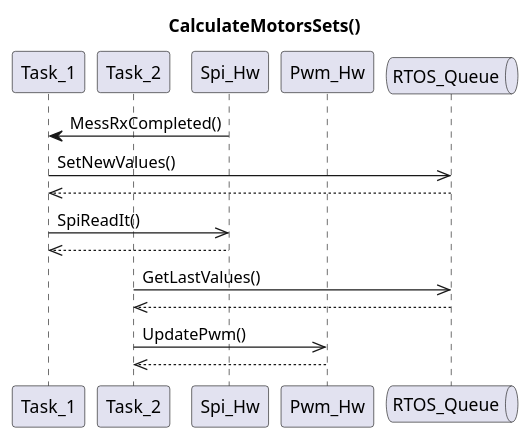
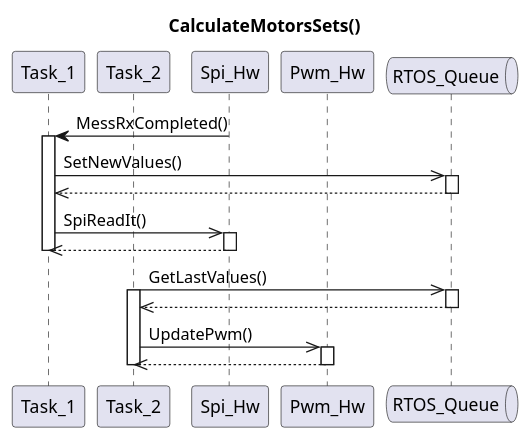
The second of 3 diagrams in docs/motor_control.md (inpgbburda/FlyMatic), drawn with PlantUML before and after one commit.

Commit message:
Add lifeline activations for sequence diagram

````diff
--- a/docs/motor_control.md
+++ b/docs/motor_control.md
@@ -48,23 +48,41 @@
 ```puml
 @startuml
-
 title CalculateMotorsSets()
 
 participant "Task_1"     as Task_1
 participant "Task_2"     as Task_2
 participant "Spi_Hw"     as Spi_Hw
 participant "Pwm_Hw"     as Pwm_Hw
 queue       "RTOS_Queue" as P1
 
 Spi_Hw -> Task_1 : MessRxCompleted()
+activate Task_1
+
 Task_1 ->> P1 : SetNewValues()
-P1 -->> Task_1 : 
+activate P1
+
+P1 -->> Task_1 :
+deactivate P1
+
 Task_1 ->> Spi_Hw : SpiReadIt()
-Spi_Hw -->> Task_1 : 
+activate Spi_Hw 
+
+Spi_Hw -->> Task_1 :
+deactivate Spi_Hw
+deactivate Task_1
+
 Task_2 ->> P1 : GetLastValues()
+activate Task_2
+activate P1
+
 P1 -->> Task_2 : 
+deactivate P1
+
 Task_2 ->> Pwm_Hw : UpdatePwm()
+activate Pwm_Hw
+
 Pwm_Hw -->> Task_2 :
-
+deactivate Pwm_Hw
+deactivate Task_2
 @enduml
 ```
````
